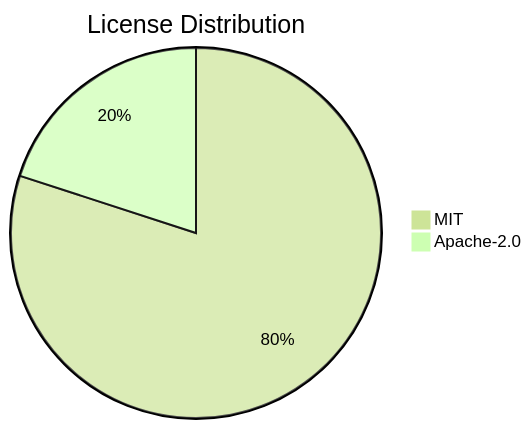
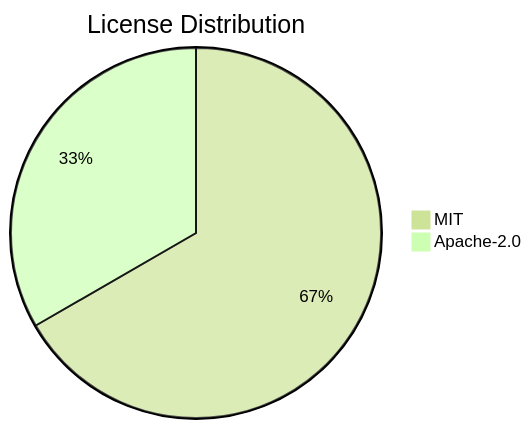
Before and after one commit to svenroth-ai/shipwright: the diagram in .shipwright/compliance/sbom.md, drawn with Mermaid (forest theme). The commit also changed other lines of this file and 37 other files, not shown here.

````diff
--- a/.shipwright/compliance/sbom.md
+++ b/.shipwright/compliance/sbom.md
@@ -17,5 +17,5 @@
 ```mermaid
 pie title License Distribution
     "MIT" : 4
-    "Apache-2.0" : 1
+    "Apache-2.0" : 2
 ```
````
